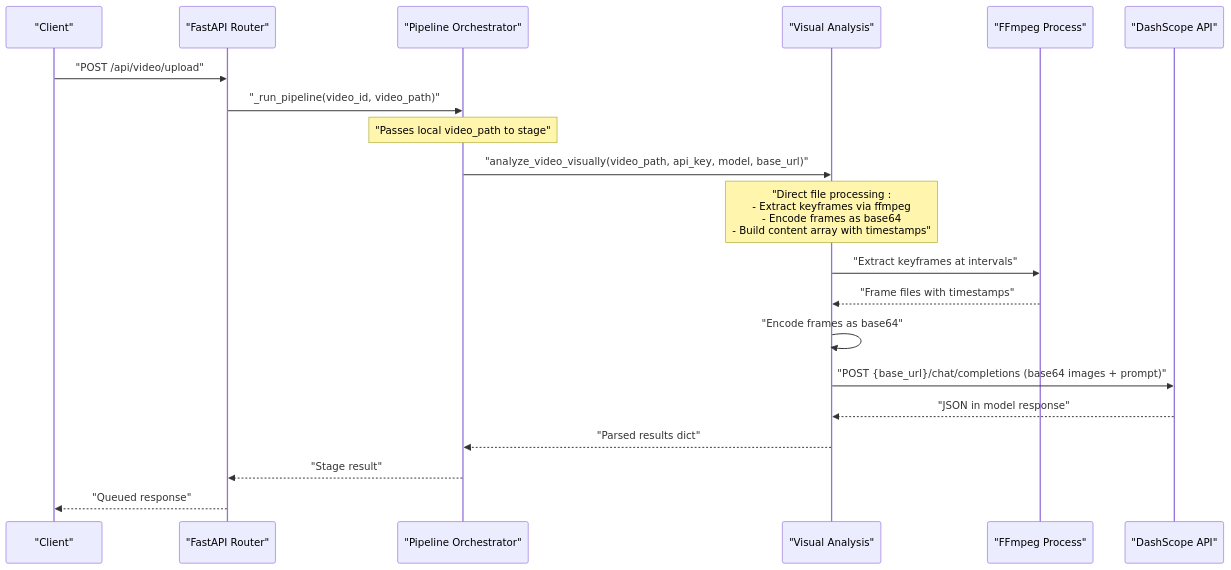
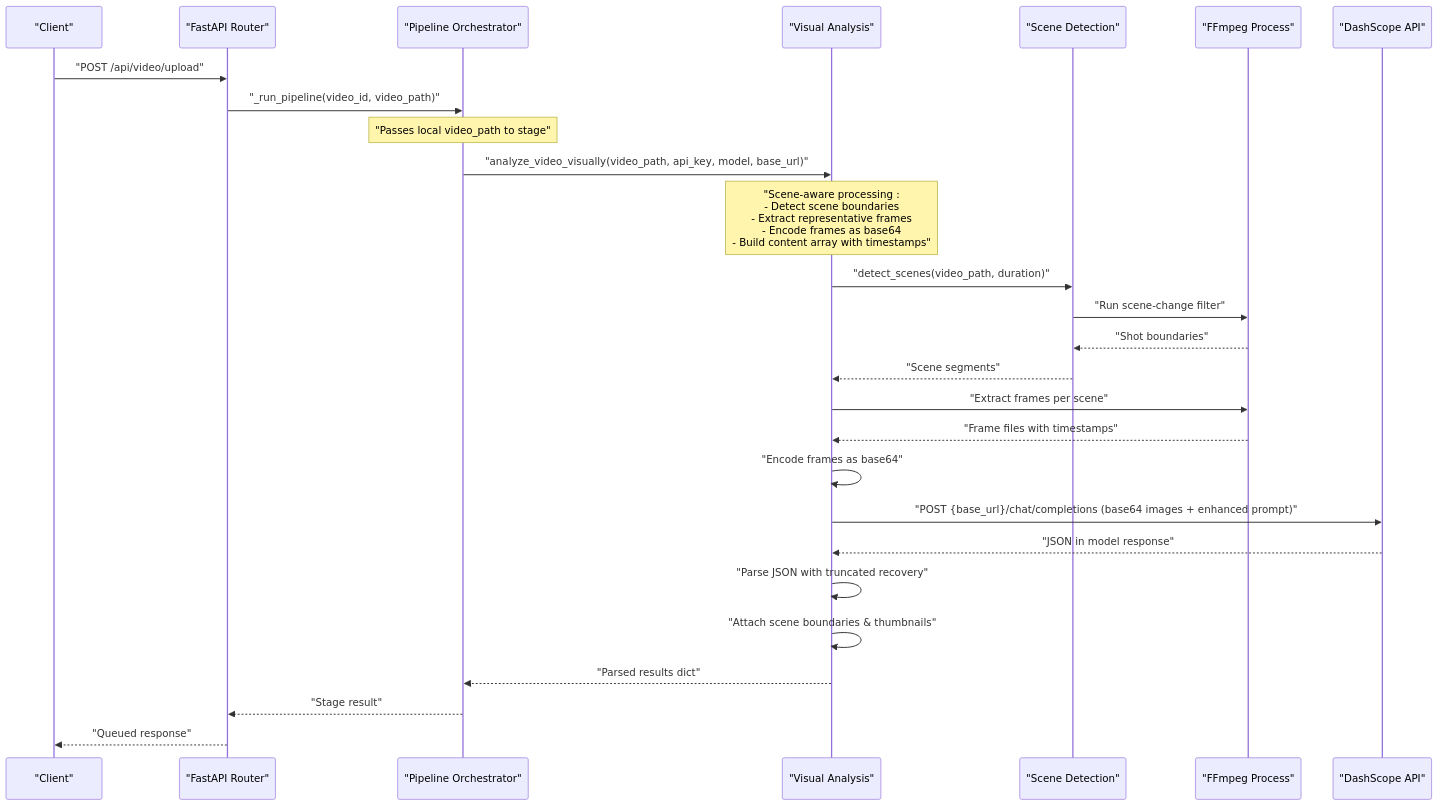
One commit to alexandreybasta-cyber/dubai-media-ai changed the second of 8 diagrams in .qoder/repowiki/en/content/Media Processing Pipeline/Visual Analysis Stage.md. Above: the diagram before and after it, drawn with Mermaid. The commit also changed other lines of this file and 49 other files, not shown here.

````diff
--- a/.qoder/repowiki/en/content/Media Processing Pipeline/Visual Analysis Stage.md
+++ b/.qoder/repowiki/en/content/Media Processing Pipeline/Visual Analysis Stage.md
@@ -111,22 +126,29 @@
 ```mermaid
 sequenceDiagram
 participant Client as "Client"
 participant Router as "FastAPI Router"
 participant Orchestrator as "Pipeline Orchestrator"
 participant VA as "Visual Analysis"
+participant SD as "Scene Detection"
 participant FFmpeg as "FFmpeg Process"
 participant DS as "DashScope API"
 Client->>Router : "POST /api/video/upload"
 Router->>Orchestrator : "_run_pipeline(video_id, video_path)"
 Note over Orchestrator : "Passes local video_path to stage"
 Orchestrator->>VA : "analyze_video_visually(video_path, api_key, model, base_url)"
-Note over VA : "Direct file processing : <br/>- Extract keyframes via ffmpeg<br/>- Encode frames as base64<br/>- Build content array with timestamps"
-VA->>FFmpeg : "Extract keyframes at intervals"
+Note over VA : "Scene-aware processing : <br/>- Detect scene boundaries<br/>- Extract representative frames<br/>- Encode frames as base64<br/>- Build content array with timestamps"
+VA->>SD : "detect_scenes(video_path, duration)"
+SD->>FFmpeg : "Run scene-change filter"
+FFmpeg-->>SD : "Shot boundaries"
+SD-->>VA : "Scene segments"
+VA->>FFmpeg : "Extract frames per scene"
 FFmpeg-->>VA : "Frame files with timestamps"
 VA->>VA : "Encode frames as base64"
-VA->>DS : "POST {base_url}/chat/completions (base64 images + prompt)"
+VA->>DS : "POST {base_url}/chat/completions (base64 images + enhanced prompt)"
 DS-->>VA : "JSON in model response"
+VA->>VA : "Parse JSON with truncated recovery"
+VA->>VA : "Attach scene boundaries & thumbnails"
 VA-->>Orchestrator : "Parsed results dict"
 Orchestrator-->>Router : "Stage result"
 Router-->>Client : "Queued response"
 ```
````
